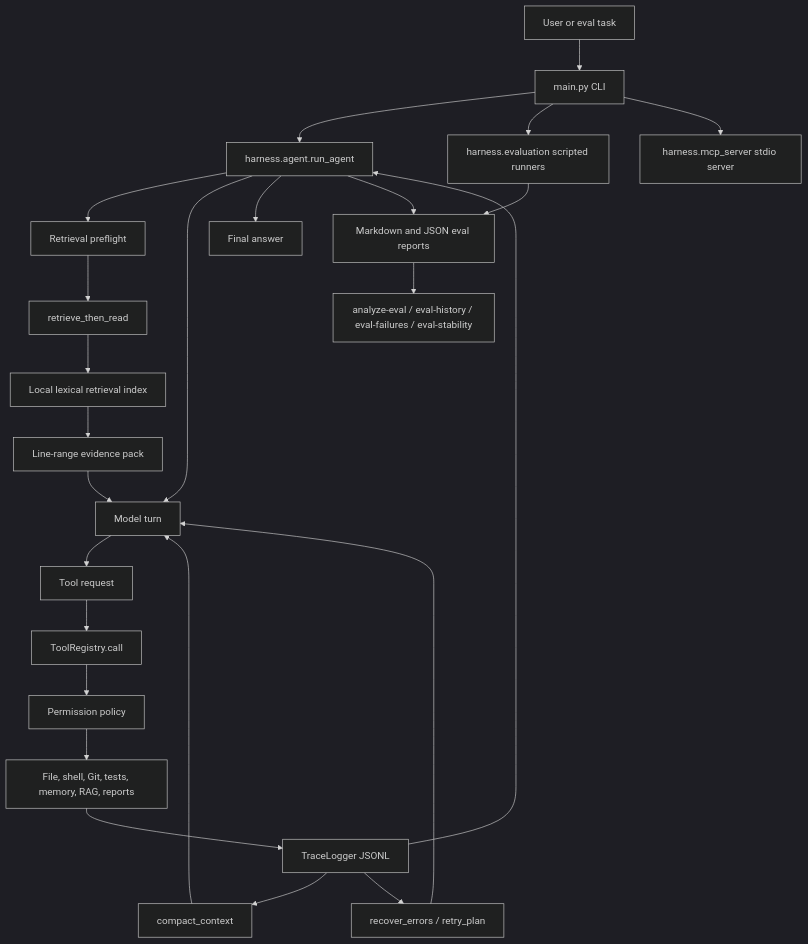
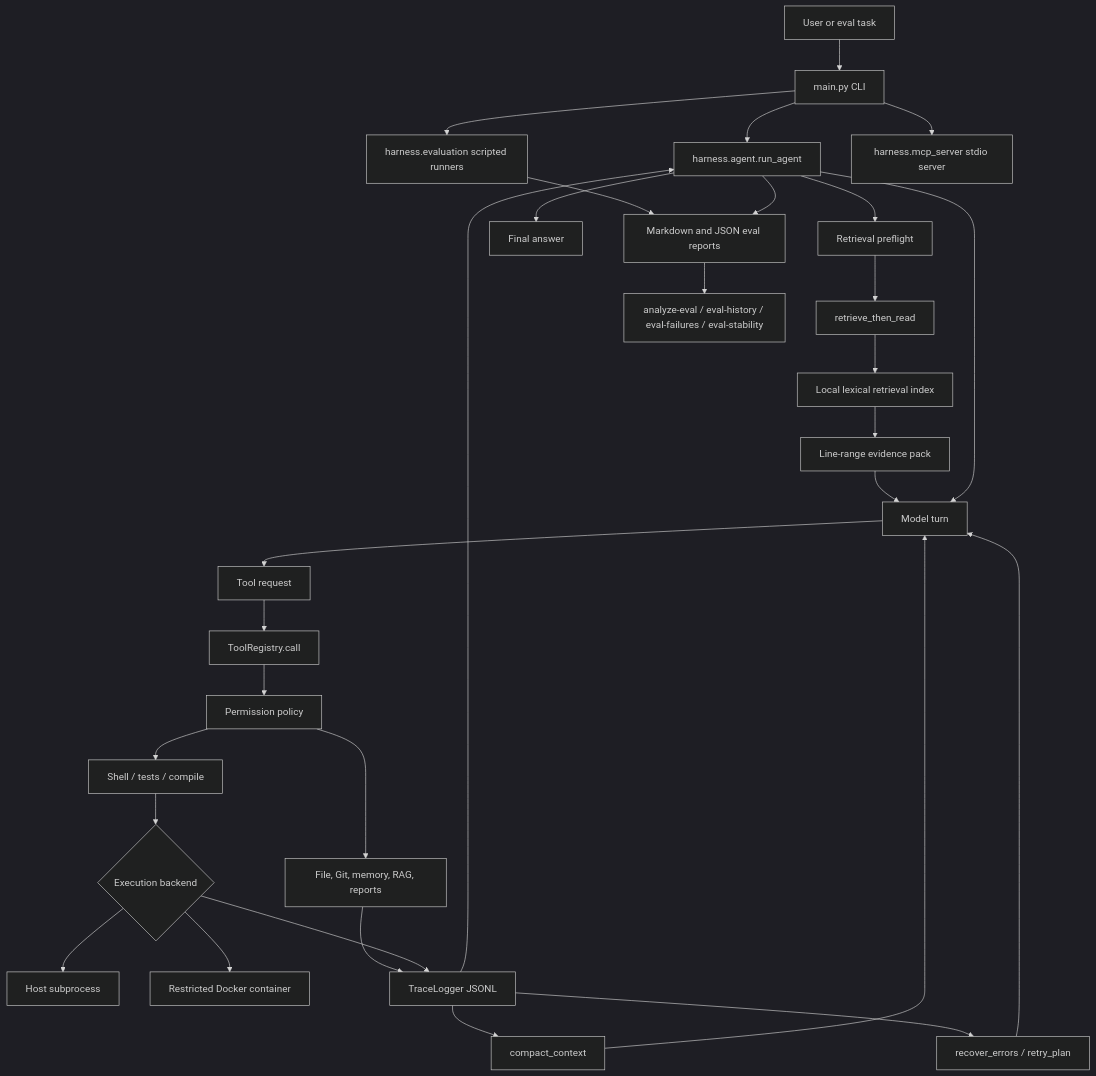
One commit to Userss1234/mini-coding-agent-harness changed the first of 5 diagrams in docs/ARCHITECTURE.md. Above: the diagram before and after it, drawn with Mermaid (dark theme). The commit also changed other lines of this file and 15 other files, not shown here.

Commit message:
Add Docker execution sandbox

````diff
--- a/docs/ARCHITECTURE.md
+++ b/docs/ARCHITECTURE.md
@@ -7,31 +7,36 @@
 ```mermaid
 flowchart TD
     U["User or eval task"] --> CLI["main.py CLI"]
     CLI --> Agent["harness.agent.run_agent"]
     CLI --> Scripted["harness.evaluation scripted runners"]
     CLI --> MCP["harness.mcp_server stdio server"]
 
     Agent --> Preflight["Retrieval preflight"]
     Preflight --> RTR["retrieve_then_read"]
     RTR --> RAG["Local lexical retrieval index"]
     RAG --> Evidence["Line-range evidence pack"]
     Evidence --> Model["Model turn"]
 
     Agent --> Model
     Model --> ToolUse["Tool request"]
     ToolUse --> Registry["ToolRegistry.call"]
     Registry --> Policy["Permission policy"]
-    Policy --> Tools["File, shell, Git, tests, memory, RAG, reports"]
+    Policy --> Tools["File, Git, memory, RAG, reports"]
+    Policy --> Execute["Shell / tests / compile"]
+    Execute --> Backend{"Execution backend"}
+    Backend --> Host["Host subprocess"]
+    Backend --> Docker["Restricted Docker container"]
     Tools --> Trace["TraceLogger JSONL"]
+    Backend --> Trace
     Trace --> Agent
 
     Trace --> Compact["compact_context"]
     Trace --> Retry["recover_errors / retry_plan"]
     Compact --> Model
     Retry --> Model
 
     Agent --> Answer["Final answer"]
     Scripted --> EvalReport["Markdown and JSON eval reports"]
     Agent --> EvalReport
     EvalReport --> Analysis["analyze-eval / eval-history / eval-failures / eval-stability"]
 ```
````
